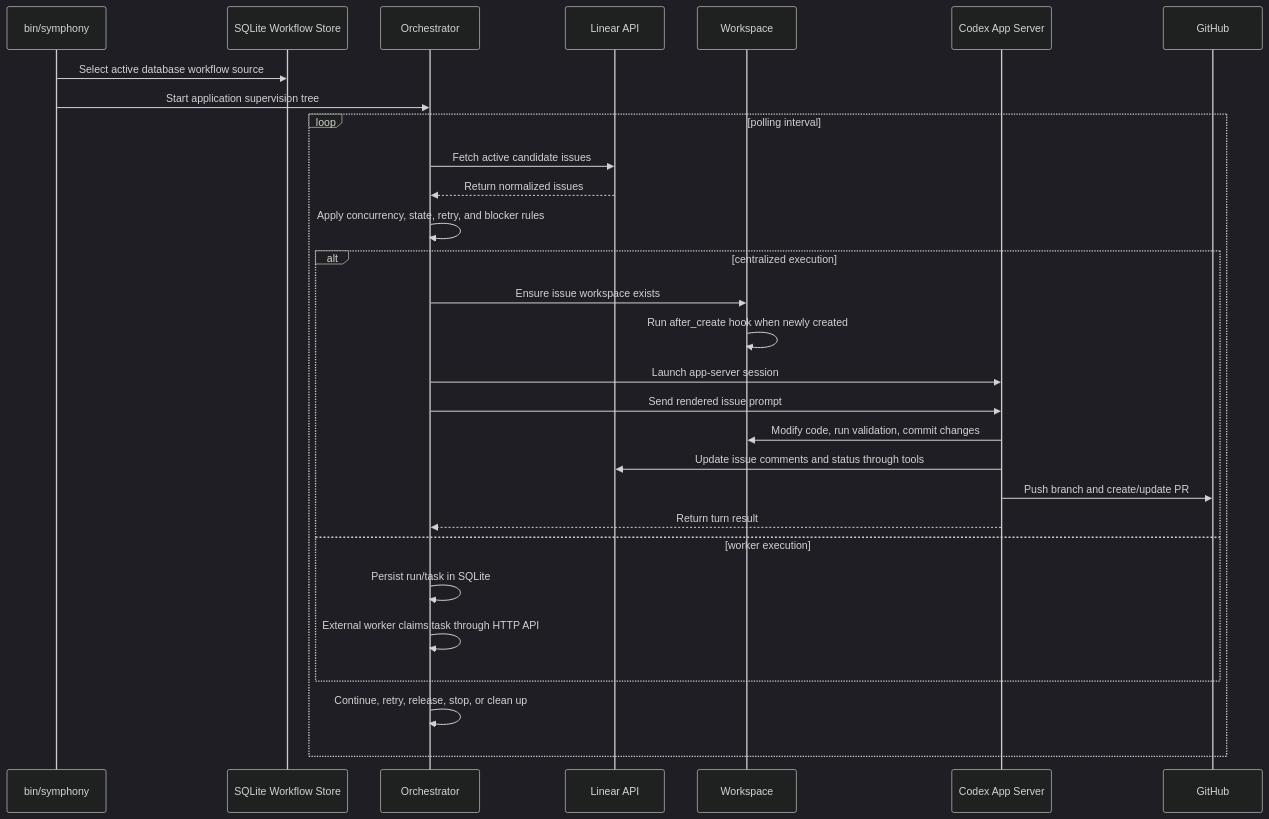
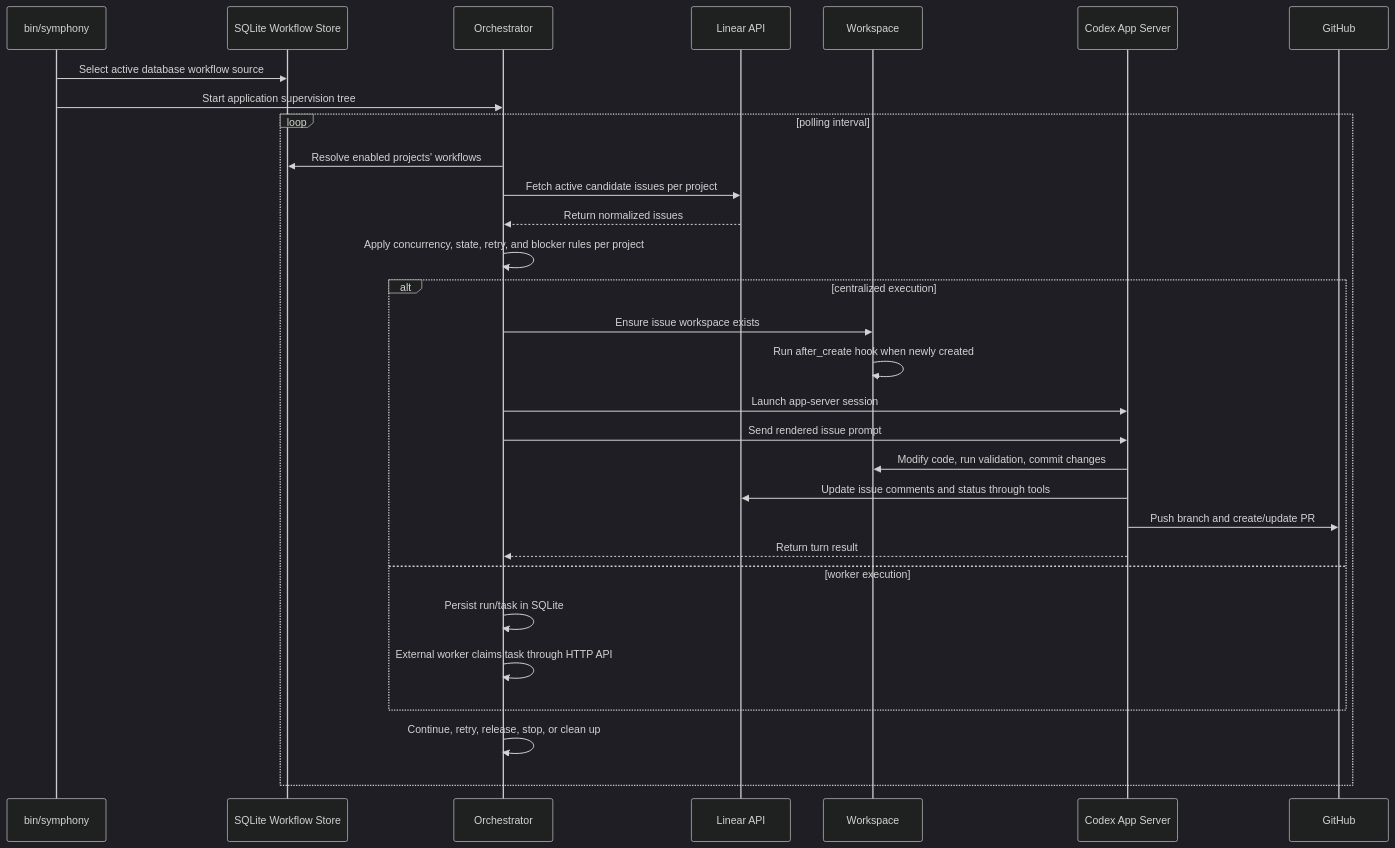
Before and after one commit to VikingMew/symphony: the second of 2 diagrams in ARCHITECTURE.md, drawn with Mermaid (dark theme). The commit also changed other lines of this file and 47 other files, not shown here.

````diff
--- a/ARCHITECTURE.md
+++ b/ARCHITECTURE.md
@@ -75,33 +75,34 @@
 ```mermaid
 sequenceDiagram
     participant CLI as bin/symphony
     participant Workflow as SQLite Workflow Store
     participant Orch as Orchestrator
     participant Linear as Linear API
     participant WS as Workspace
     participant Codex as Codex App Server
     participant GitHub as GitHub
 
     CLI->>Workflow: Select active database workflow source
     CLI->>Orch: Start application supervision tree
 
     loop polling interval
-        Orch->>Linear: Fetch active candidate issues
+        Orch->>Workflow: Resolve enabled projects' workflows
+        Orch->>Linear: Fetch active candidate issues per project
         Linear-->>Orch: Return normalized issues
-        Orch->>Orch: Apply concurrency, state, retry, and blocker rules
+        Orch->>Orch: Apply concurrency, state, retry, and blocker rules per project
         alt centralized execution
             Orch->>WS: Ensure issue workspace exists
             WS->>WS: Run after_create hook when newly created
             Orch->>Codex: Launch app-server session
             Orch->>Codex: Send rendered issue prompt
             Codex->>WS: Modify code, run validation, commit changes
             Codex->>Linear: Update issue comments and status through tools
             Codex->>GitHub: Push branch and create/update PR
             Codex-->>Orch: Return turn result
         else worker execution
             Orch->>Orch: Persist run/task in SQLite
             Orch->>Orch: External worker claims task through HTTP API
         end
         Orch->>Orch: Continue, retry, release, stop, or clean up
     end
 ```
````
